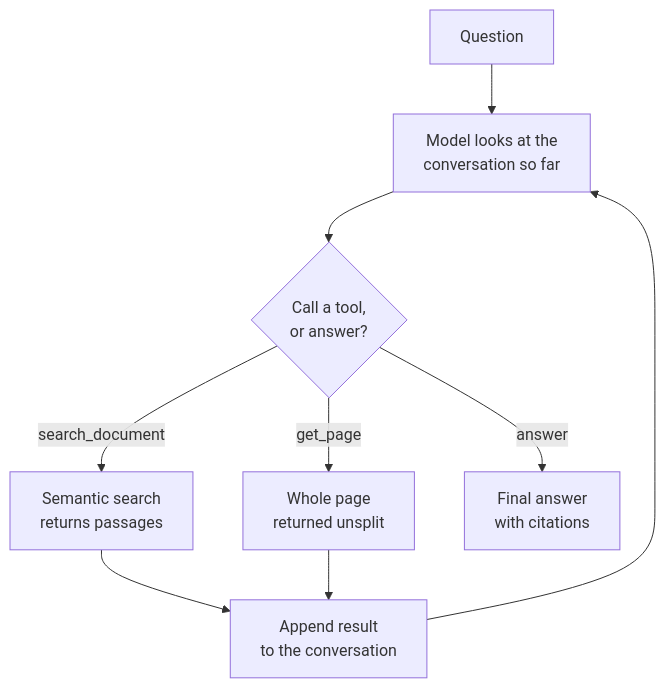
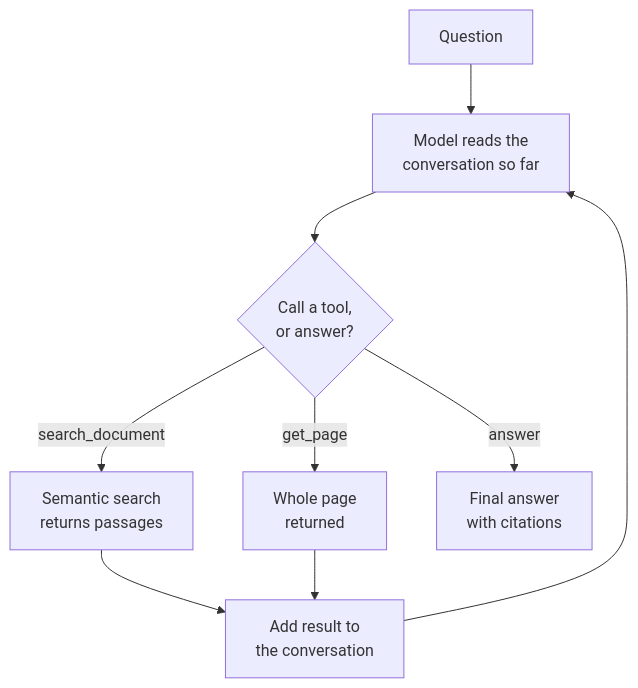
The second of 2 diagrams in app/demos/rag/agentic/README.md (jjaaxx44/genai-personal-lab-rag), drawn with Mermaid before and after one commit. The commit also changed other lines of this file and 32 other files, not shown here.

````diff
--- a/app/demos/rag/agentic/README.md
+++ b/app/demos/rag/agentic/README.md
@@ -29,11 +21,11 @@
 ```mermaid
 flowchart TD
-  Q["Question"] --> M["Model looks at the<br/>conversation so far"]
+  Q["Question"] --> M["Model reads the<br/>conversation so far"]
   M --> D{"Call a tool,<br/>or answer?"}
   D -->|"search_document"| S["Semantic search<br/>returns passages"]
-  D -->|"get_page"| P["Whole page<br/>returned unsplit"]
-  S --> O["Append result<br/>to the conversation"]
+  D -->|"get_page"| P["Whole page<br/>returned"]
+  S --> O["Add result to<br/>the conversation"]
   P --> O
   O --> M
   D -->|"answer"| A["Final answer<br/>with citations"]
 ```
````
